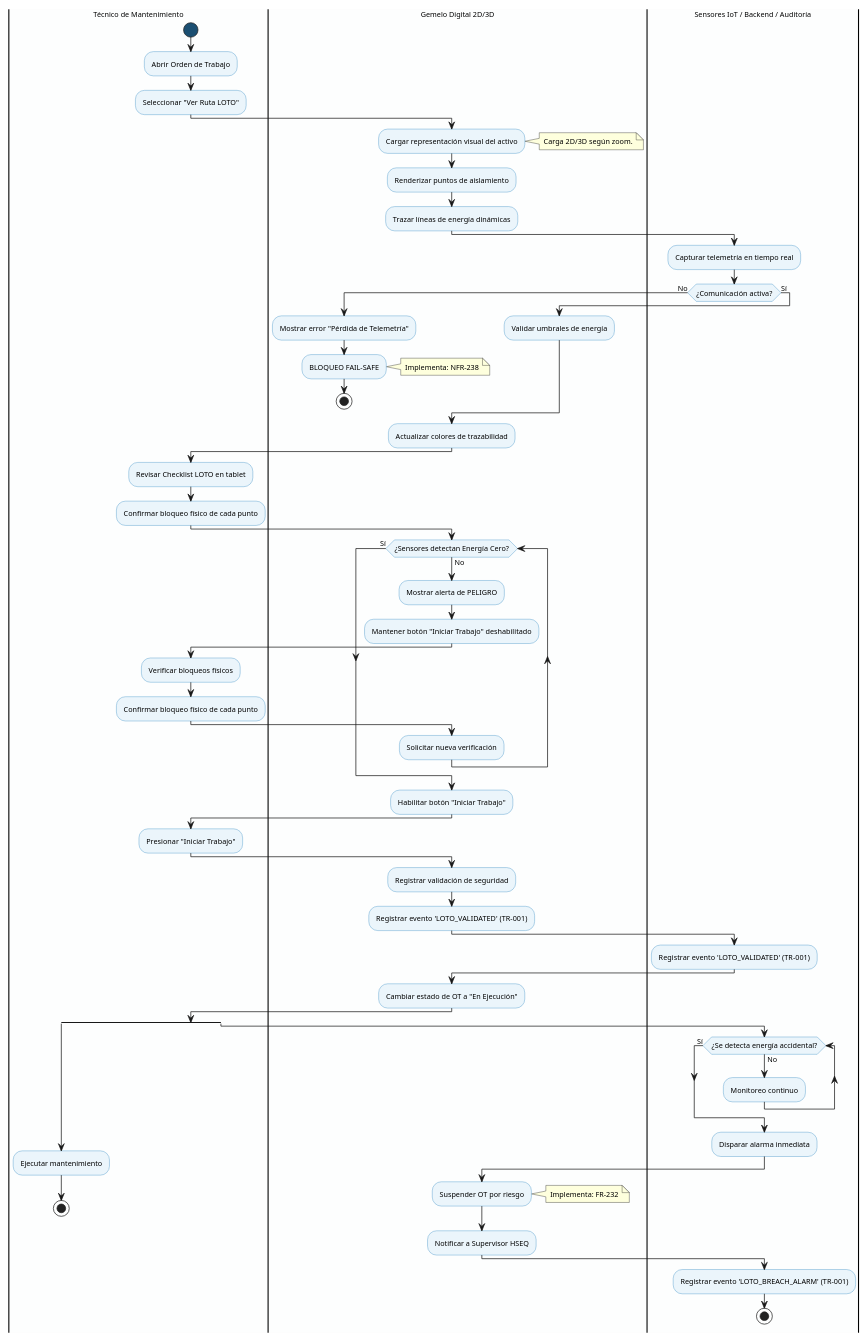
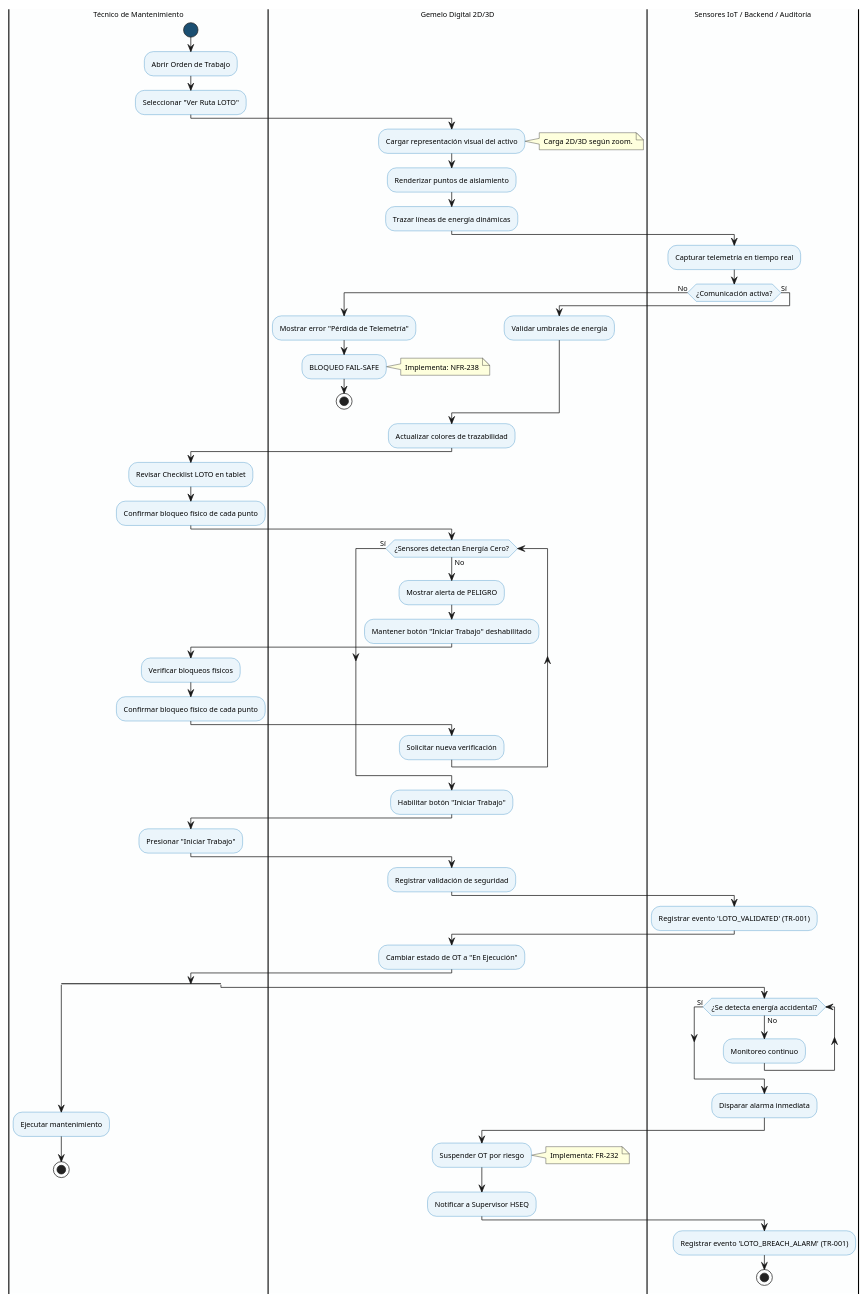
Before and after one commit to Novav20/adso-dteam-docs: the diagram in domain-models/activity/vis-011-activity.puml, drawn with PlantUML.

Commit message:
docs: Move 'LOTO_VALIDATED' event registration to the correct section in VIS-011 activity diagram

```diff
--- a/domain-models/activity/vis-011-activity.puml
+++ b/domain-models/activity/vis-011-activity.puml
@@ -1,112 +1,111 @@
 @startuml VIS-011-ActivityDiagram
 ' Models User Story: VIS-011 (Unified 2D/3D Version)
 ' Reference: ADR 001 - Hybrid Visualization Strategy
 ' --- CONFIGURACIÓN VISUAL ---
 skinparam defaultFontName "Segoe UI"
 skinparam defaultFontSize 10
 skinparam ConditionEndStyle diamond
 skinparam linetype ortho
 
 skinparam activity {
     BackgroundColor #EBF5FB
     BorderColor #2E86C1
     BarColor #1B4F72
     StartColor #1B4F72
     EndColor #1B4F72
 }
 
 ' Compact layout tweaks
 skinparam activity {
     Padding 6
     HorizontalSpacing 18
     VerticalSpacing 10
 }
 scale 0.85
 
 |#FDFEFE|Técnico de Mantenimiento|
 |#FDFEFE|Gemelo Digital 2D/3D|
 |#FDFEFE|Sensores IoT / Backend / Auditoría|
 
 |Técnico de Mantenimiento|
 start
 :Abrir Orden de Trabajo;
 :Seleccionar "Ver Ruta LOTO";
 
 |Gemelo Digital 2D/3D|
 :Cargar representación visual del activo;
 note right: Carga 2D/3D según zoom.
 
 :Renderizar puntos de aislamiento;
 :Trazar líneas de energía dinámicas;
 
 ' CORRECCIÓN: Se eliminaron los dos puntos ":" al inicio
 |Sensores IoT / Backend / Auditoría|
 :Capturar telemetría en tiempo real;
 if (¿Comunicación activa?) then (No)
     |Gemelo Digital 2D/3D|
     :Mostrar error "Pérdida de Telemetría";
     :BLOQUEO FAIL-SAFE;
     note right: Implementa: NFR-238
     stop
 else (Sí)
     :Validar umbrales de energía;
 endif
 
 |Gemelo Digital 2D/3D|
 :Actualizar colores de trazabilidad;
 
 |Técnico de Mantenimiento|
 :Revisar Checklist LOTO en tablet;
 :Confirmar bloqueo físico de cada punto;
 
 |Gemelo Digital 2D/3D|
 while (¿Sensores detectan Energía Cero?) is (No)
     :Mostrar alerta de PELIGRO;
     :Mantener botón "Iniciar Trabajo" deshabilitado;
     |Técnico de Mantenimiento|
     :Verificar bloqueos físicos;
     :Confirmar bloqueo físico de cada punto;
     |Gemelo Digital 2D/3D|
     :Solicitar nueva verificación;
 endwhile (Sí)
 
 :Habilitar botón "Iniciar Trabajo";
 
 ' CORRECCIÓN LÓGICA: Esta acción la hace el técnico
 |Técnico de Mantenimiento|
 :Presionar "Iniciar Trabajo";
 
 |Gemelo Digital 2D/3D|
 :Registrar validación de seguridad;
-:Registrar evento 'LOTO_VALIDATED' (TR-001);
 
 |Sensores IoT / Backend / Auditoría|
 :Registrar evento 'LOTO_VALIDATED' (TR-001);
 
 |Gemelo Digital 2D/3D|
 :Cambiar estado de OT a "En Ejecución";
 
 split
     |Técnico de Mantenimiento|
     :Ejecutar mantenimiento;
     stop
 split again
     |Sensores IoT / Backend / Auditoría|
     while (¿Se detecta energía accidental?) is (No)
         :Monitoreo continuo;
     endwhile (Sí)
 
     |Sensores IoT / Backend / Auditoría|
     :Disparar alarma inmediata;
 
     |Gemelo Digital 2D/3D|
     :Suspender OT por riesgo;
     note right: Implementa: FR-232
 
     :Notificar a Supervisor HSEQ;
 
     |Sensores IoT / Backend / Auditoría|
     :Registrar evento 'LOTO_BREACH_ALARM' (TR-001);
     stop
 end split
 @enduml
```
